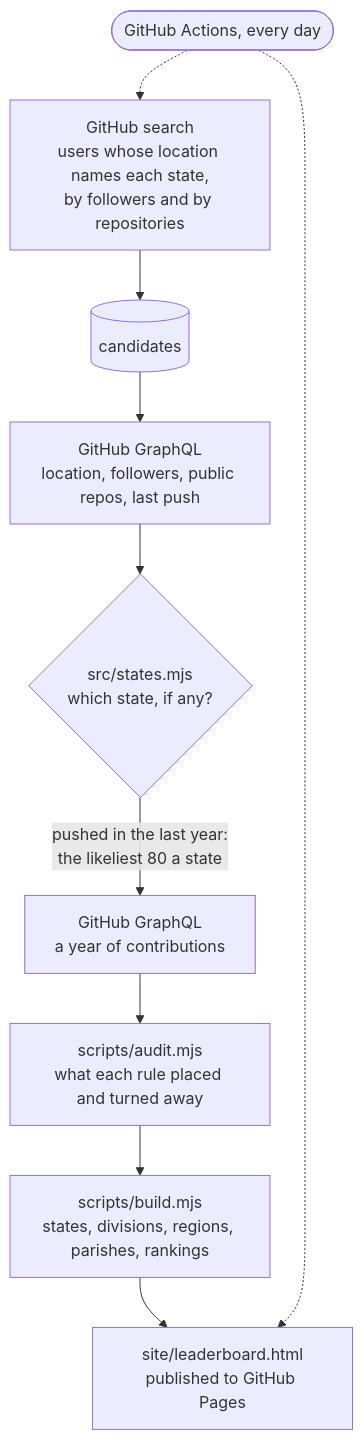
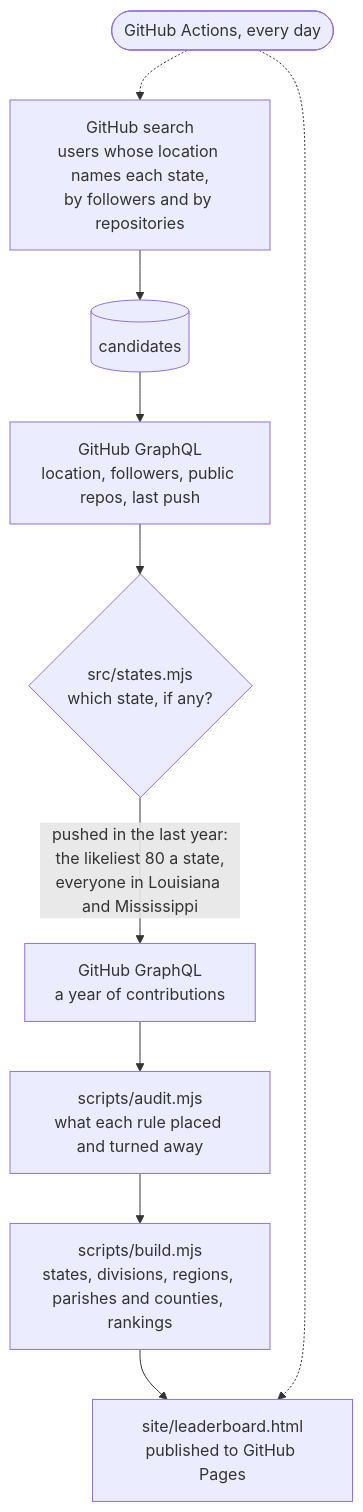
Before and after one commit to wbp318/github-leaderboard: the diagram in README.md, drawn with Mermaid. The commit also changed other lines of this file and 12 other files, not shown here.

````diff
--- a/README.md
+++ b/README.md
@@ -47,12 +47,12 @@
 ```mermaid
 flowchart TD
     search["GitHub search<br/>users whose location names each state,<br/>by followers and by repositories"] --> cands[("candidates")]
     cands --> prof["GitHub GraphQL<br/>location, followers, public repos, last push"]
     prof --> place{"src/states.mjs<br/>which state, if any?"}
-    place -->|"pushed in the last year:<br/>the likeliest 80 a state"| contrib["GitHub GraphQL<br/>a year of contributions"]
+    place -->|"pushed in the last year:<br/>the likeliest 80 a state,<br/>everyone in Louisiana and Mississippi"| contrib["GitHub GraphQL<br/>a year of contributions"]
     contrib --> audit["scripts/audit.mjs<br/>what each rule placed and turned away"]
-    audit --> build["scripts/build.mjs<br/>states, divisions, regions, parishes, rankings"]
+    audit --> build["scripts/build.mjs<br/>states, divisions, regions, parishes and counties, rankings"]
     build --> page["site/leaderboard.html<br/>published to GitHub Pages"]
     daily(["GitHub Actions, every day"]) -.-> search
     daily -.-> page
 ```
````
